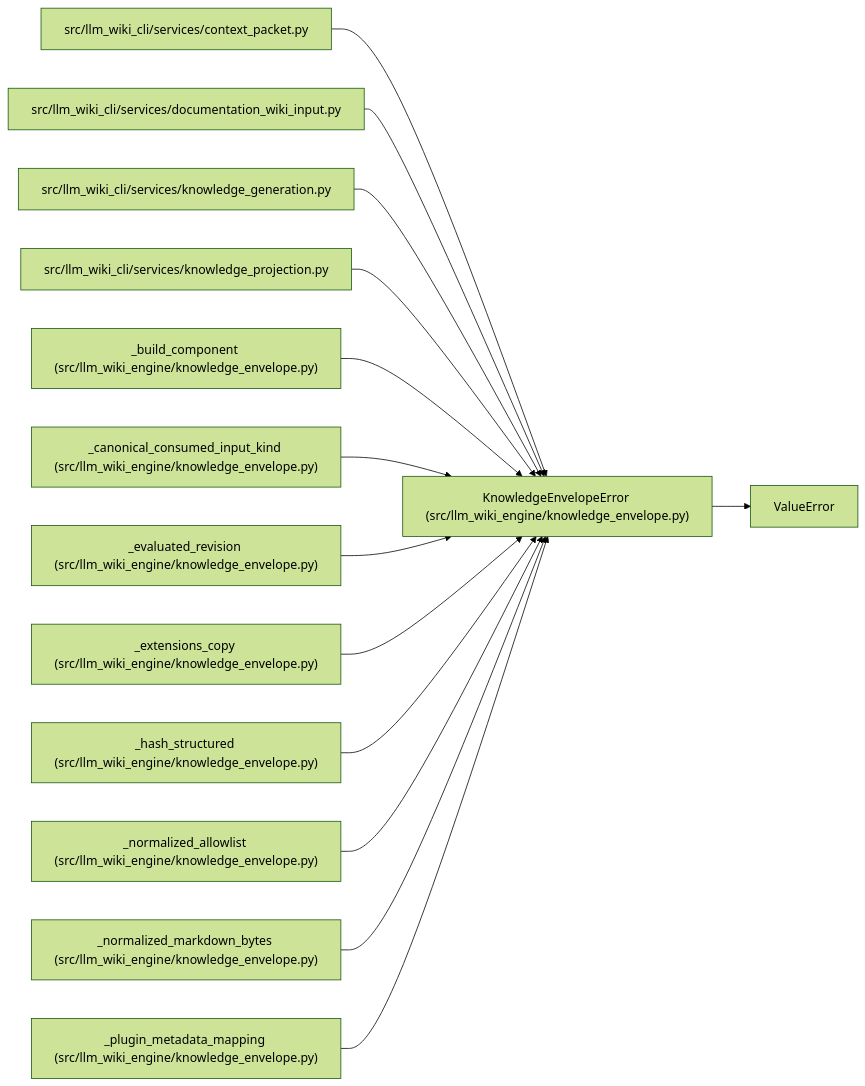
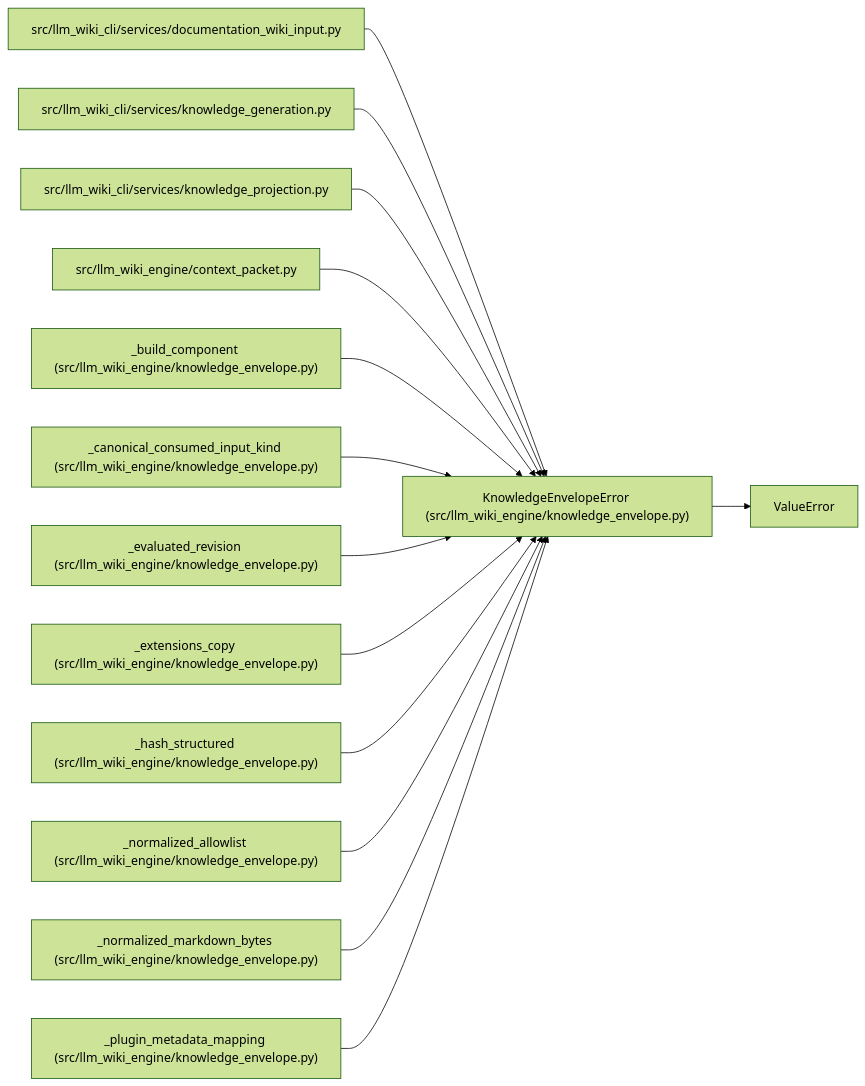
Before and after one commit to Denissvgn/python-wiki-llm: the diagram in docs/llm_wiki/entities/KnowledgeEnvelopeError.md, drawn with Mermaid (forest theme). The commit also changed 577 other files, not shown here.

Commit message:
docs: refresh the wiki for the engine context packet

````diff
--- a/docs/llm_wiki/entities/KnowledgeEnvelopeError.md
+++ b/docs/llm_wiki/entities/KnowledgeEnvelopeError.md
@@ -25,43 +25,43 @@
 ```mermaid
 flowchart LR
     n0["KnowledgeEnvelopeError (src/llm_wiki_engine/knowledge_envelope.py)"]
     n1["ValueError"]
-    n2["src/llm_wiki_cli/services/context_packet.py"]
-    n3["src/llm_wiki_cli/services/documentation_wiki_input.py"]
-    n4["src/llm_wiki_cli/services/knowledge_generation.py"]
-    n5["src/llm_wiki_cli/services/knowledge_projection.py"]
+    n2["src/llm_wiki_cli/services/documentation_wiki_input.py"]
+    n3["src/llm_wiki_cli/services/knowledge_generation.py"]
+    n4["src/llm_wiki_cli/services/knowledge_projection.py"]
+    n5["src/llm_wiki_engine/context_packet.py"]
     n6["_build_component (src/llm_wiki_engine/knowledge_envelope.py)"]
     n7["_canonical_consumed_input_kind (src/llm_wiki_engine/knowledge_envelope.py)"]
     n8["_evaluated_revision (src/llm_wiki_engine/knowledge_envelope.py)"]
     n9["_extensions_copy (src/llm_wiki_engine/knowledge_envelope.py)"]
     n10["_hash_structured (src/llm_wiki_engine/knowledge_envelope.py)"]
     n11["_normalized_allowlist (src/llm_wiki_engine/knowledge_envelope.py)"]
     n12["_normalized_markdown_bytes (src/llm_wiki_engine/knowledge_envelope.py)"]
     n13["_plugin_metadata_mapping (src/llm_wiki_engine/knowledge_envelope.py)"]
     n0 --> n1
     n2 --> n0
     n3 --> n0
     n4 --> n0
     n5 --> n0
     n6 --> n0
     n7 --> n0
     n8 --> n0
     n9 --> n0
     n10 --> n0
     n11 --> n0
     n12 --> n0
     n13 --> n0
     click n0 "../modules/knowledge_envelope.md"
-    click n2 "../modules/context_packet.md"
-    click n3 "../modules/documentation_wiki_input.md"
-    click n4 "../modules/knowledge_generation.md"
-    click n5 "../modules/knowledge_projection.md"
+    click n2 "../modules/documentation_wiki_input.md"
+    click n3 "../modules/knowledge_generation.md"
+    click n4 "../modules/knowledge_projection.md"
+    click n5 "../modules/context_packet.md"
     click n6 "../modules/knowledge_envelope.md"
     click n7 "../modules/knowledge_envelope.md"
     click n8 "../modules/knowledge_envelope.md"
     click n9 "../modules/knowledge_envelope.md"
     click n10 "../modules/knowledge_envelope.md"
     click n11 "../modules/knowledge_envelope.md"
     click n12 "../modules/knowledge_envelope.md"
     click n13 "../modules/knowledge_envelope.md"
 ```
````
